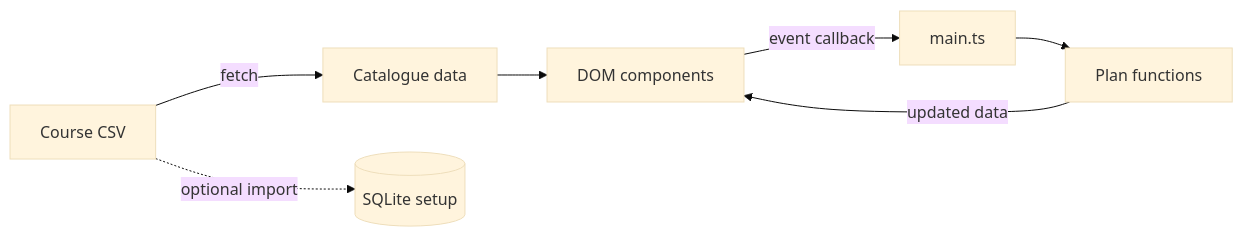
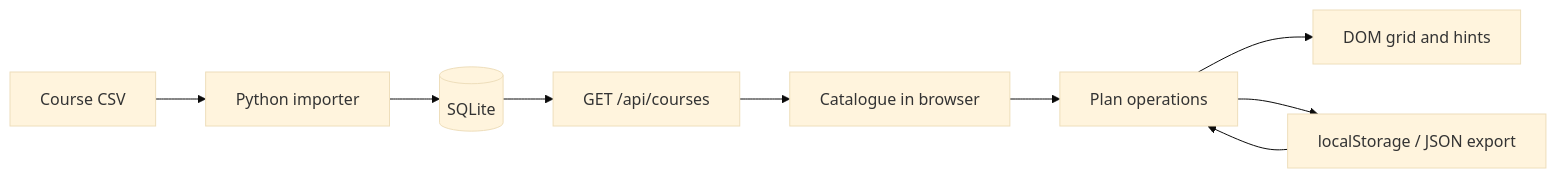
One commit to tdvnm/software_design changed the diagram in docs/course-map.md. Above: the diagram before and after it, drawn with Mermaid (base theme). The commit also changed other lines of this file and 1 other file, not shown here.

Commit message:
update the setup and course notes

````diff
--- a/docs/course-map.md
+++ b/docs/course-map.md
@@ -51,9 +24,11 @@
 ```mermaid
 flowchart LR
-  CSV[Course CSV] -->|fetch| Catalogue[Catalogue data]
-  Catalogue --> Components[DOM components]
-  Components -->|event callback| Main[main.ts]
-  Main --> Plan[Plan functions]
-  Plan -->|updated data| Components
-  CSV -. optional import .-> SQLite[(SQLite setup)]
+    CSV[Course CSV] --> Import[Python importer]
+    Import --> DB[(SQLite)]
+    DB --> API[GET /api/courses]
+    API --> Catalogue[Catalogue in browser]
+    Catalogue --> Plan[Plan operations]
+    Plan --> Grid[DOM grid and hints]
+    Plan --> Storage[localStorage / JSON export]
+    Storage --> Plan
 ```
````
